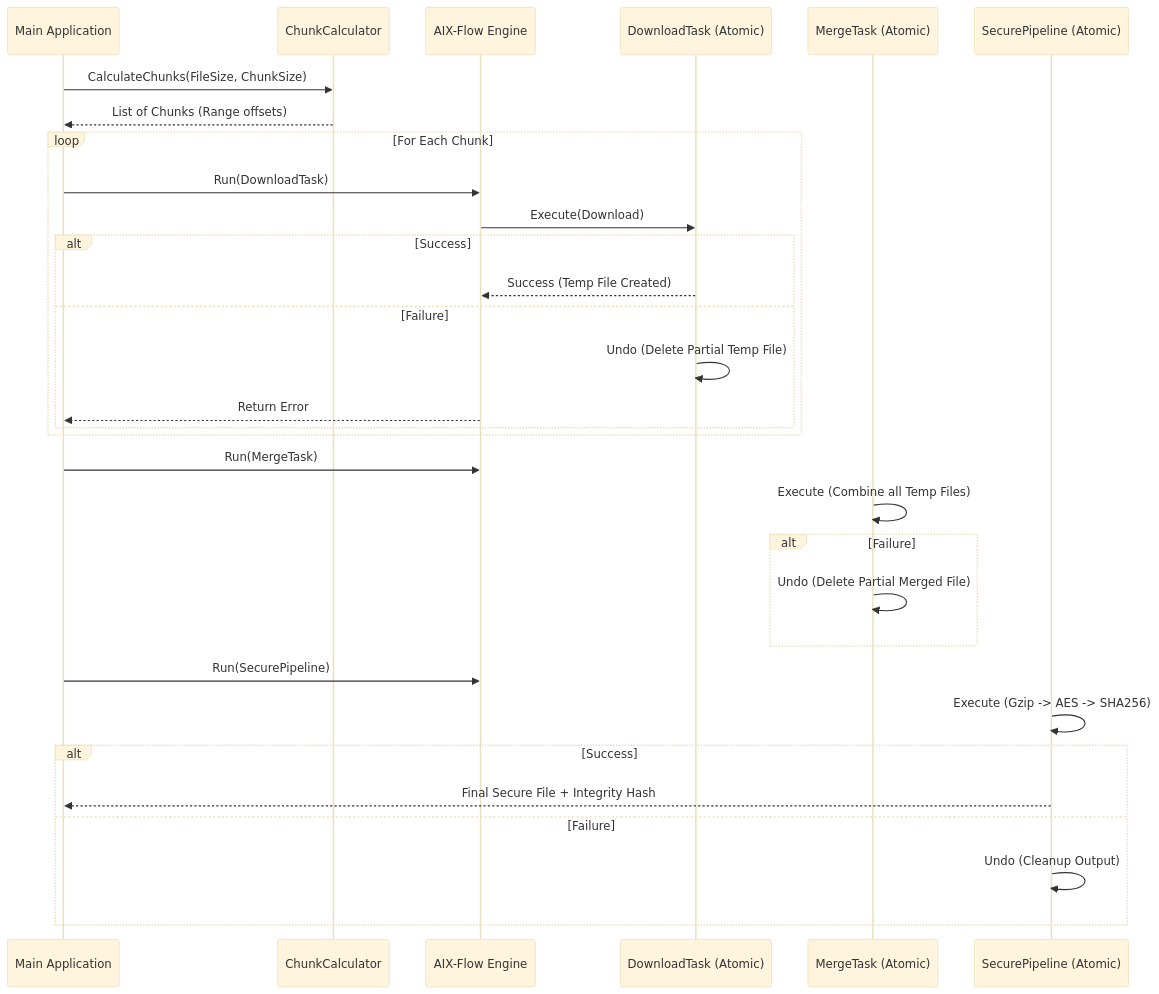
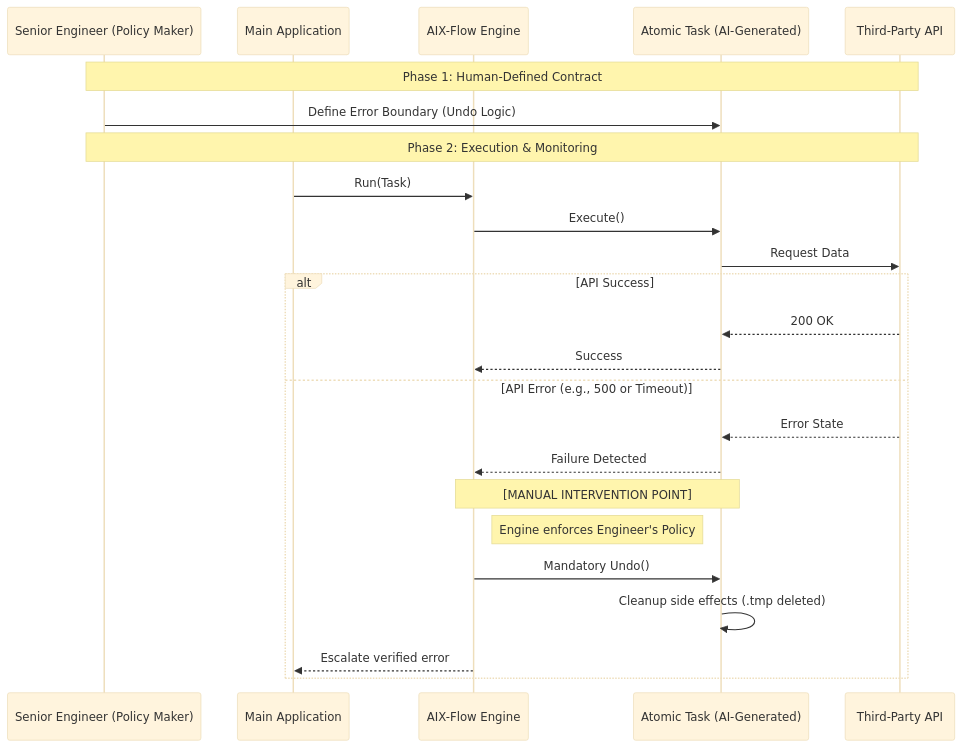
Before and after one commit to Nighteye841228/dream_snake: the diagram in docs/downloader_design.md, drawn with Mermaid (base theme). The commit also changed other lines of this file, not shown here.

Commit message:
docs: enhance architectural contract with error governance sequence diagram

````diff
--- a/docs/downloader_design.md
+++ b/docs/downloader_design.md
@@ -12,37 +15,30 @@
 ```mermaid
 sequenceDiagram
+    participant Eng as Senior Engineer (Policy Maker)
     participant App as Main Application
-    participant Calc as ChunkCalculator
     participant Runner as AIX-Flow Engine
-    participant Worker as DownloadTask (Atomic)
-    participant Merger as MergeTask (Atomic)
-    participant Pipeline as SecurePipeline (Atomic)
+    participant Task as Atomic Task (AI-Generated)
+    participant API as Third-Party API
 
-    App->>Calc: CalculateChunks(FileSize, ChunkSize)
-    Calc-->>App: List of Chunks (Range offsets)
-
-    loop For Each Chunk
-        App->>Runner: Run(DownloadTask)
-        Runner->>Worker: Execute(Download)
-        alt Success
-            Worker-->>Runner: Success (Temp File Created)
-        else Failure
-            Worker->>Worker: Undo (Delete Partial Temp File)
-            Runner-->>App: Return Error
-        end
-    end
-
-    App->>Runner: Run(MergeTask)
-    Merger->>Merger: Execute (Combine all Temp Files)
-    alt Failure
-        Merger->>Merger: Undo (Delete Partial Merged File)
-    end
-
-    App->>Runner: Run(SecurePipeline)
-    Pipeline->>Pipeline: Execute (Gzip -> AES -> SHA256)
-    alt Success
-        Pipeline-->>App: Final Secure File + Integrity Hash
-    else Failure
-        Pipeline->>Pipeline: Undo (Cleanup Output)
+    Note over Eng, API: Phase 1: Human-Defined Contract
+    Eng->>Task: Define Error Boundary (Undo Logic)
+    
+    Note over Eng, API: Phase 2: Execution & Monitoring
+    App->>Runner: Run(Task)
+    Runner->>Task: Execute()
+    Task->>API: Request Data
+    
+    alt API Success
+        API-->>Task: 200 OK
+        Task-->>Runner: Success
+    else API Error (e.g., 500 or Timeout)
+        API-->>Task: Error State
+        Task-->>Runner: Failure Detected
+        
+        Note over Runner, Task: [MANUAL INTERVENTION POINT]
+        Note right of Runner: Engine enforces Engineer's Policy
+        Runner->>Task: Mandatory Undo()
+        Task->>Task: Cleanup side effects (.tmp deleted)
+        Runner-->>App: Escalate verified error
     end
 ```
````
